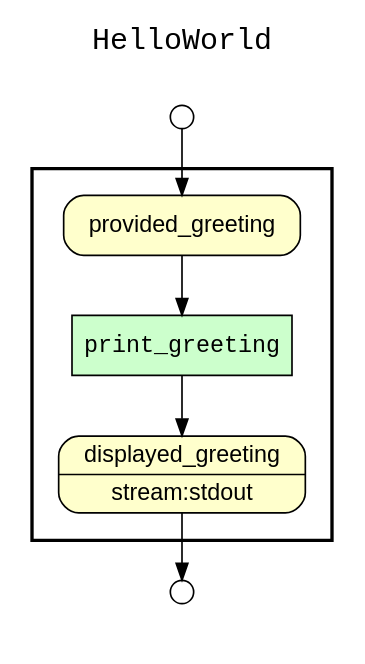
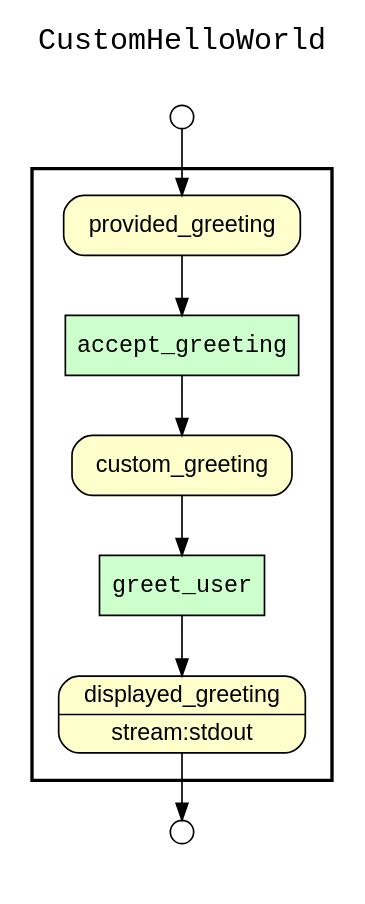
Before and after one commit to yesworkflow-org/yw-noworkflow: the diagram in examples/02_hello_world/workflow_graph.gv, drawn with Graphviz. The commit also changed 6 other files, not shown here.

```diff
--- a/examples/02_hello_world/workflow_graph.gv
+++ b/examples/02_hello_world/workflow_graph.gv
@@ -1,28 +1,32 @@
 digraph Workflow {
 rankdir=TB
 fontname=Courier; fontsize=18; labelloc=t
-label=HelloWorld
+label=CustomHelloWorld
 subgraph cluster_workflow_box_outer { label=""; color=black; penwidth=2
 subgraph cluster_workflow_box_inner { label=""; color=white
 node[shape=box style=filled fillcolor="#CCFFCC" peripheries=1 fontname=Courier]
-print_greeting
+accept_greeting
+greet_user
 node[shape=box style="rounded,filled" fillcolor="#FFFFCC" peripheries=1 fontname=Helvetica]
 displayed_greeting [shape=record rankdir=LR label="{<f0> displayed_greeting |<f1> stream\:stdout}"];
 provided_greeting
+custom_greeting
 node[shape=box style="rounded,filled" fillcolor="#FCFCFC" peripheries=1 fontname=Helvetica]
-print_greeting -> displayed_greeting
-provided_greeting -> print_greeting
+accept_greeting -> custom_greeting
+provided_greeting -> accept_greeting
+greet_user -> displayed_greeting
+custom_greeting -> greet_user
 }}
 subgraph cluster_input_ports_group_outer { label=""; color=white
 subgraph cluster_input_ports_group_inner { label=""; color=white
 node[shape=circle style="rounded,filled" fillcolor="#FFFFFF" peripheries=1 fontname=Helvetica width=0.2]
 provided_greeting_input_port [label=""]
 }}
 subgraph cluster_output_ports_group_outer { label=""; color=white
 subgraph cluster_output_ports_group_inner { label=""; color=white
 node[shape=circle style="rounded,filled" fillcolor="#FFFFFF" peripheries=1 fontname=Helvetica width=0.2]
 displayed_greeting_output_port [label=""]
 }}
 provided_greeting_input_port -> provided_greeting
 displayed_greeting -> displayed_greeting_output_port
 }
```
